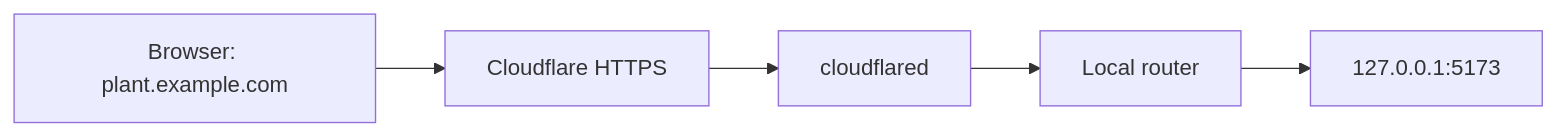
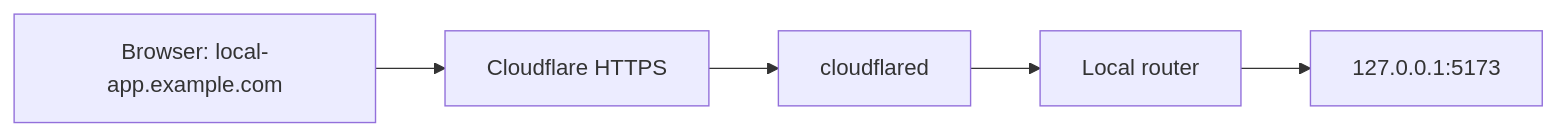
Before and after one commit to Elethynh/mytunnel: the diagram in README.md, drawn with Mermaid. The commit also changed other lines of this file, not shown here.

Commit message:
docs: use local-app in all tunnel examples

````diff
--- a/README.md
+++ b/README.md
@@ -121,7 +121,7 @@
 ```mermaid
 flowchart LR
-    browser["Browser: plant.example.com"] --> edge["Cloudflare HTTPS"]
+    browser["Browser: local-app.example.com"] --> edge["Cloudflare HTTPS"]
     edge --> tunnel["cloudflared"]
     tunnel --> router["Local router"]
     router --> app["127.0.0.1:5173"]
 ```
````
